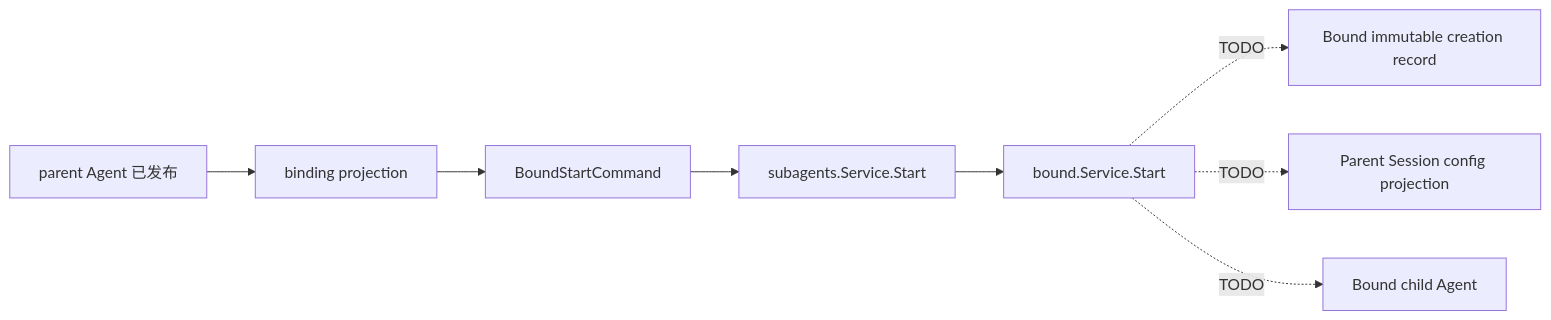
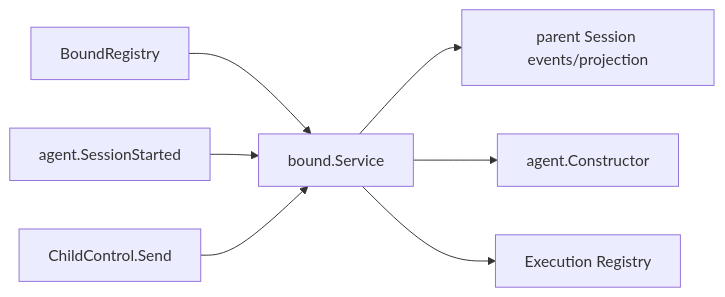
Before and after one commit to gorenx/goren: the diagram in subagent/internal/bound/README.zh-CN.md, drawn with Mermaid. The commit also changed other lines of this file and 13 other files, not shown here.

Commit message:
docs(subagent): align bound config design

````diff
--- a/subagent/internal/bound/README.zh-CN.md
+++ b/subagent/internal/bound/README.zh-CN.md
@@ -5,10 +5,9 @@
 ```mermaid
 flowchart LR
-    Parent[parent Agent 已发布] --> Binding[binding projection]
-    Binding --> Command[BoundStartCommand]
-    Command --> Facade[subagents.Service.Start]
-    Facade --> Bound[bound.Service.Start]
-    Bound -. TODO .-> Creation[Bound immutable creation record]
-    Bound -. TODO .-> Config[Parent Session config projection]
-    Bound -. TODO .-> Child[Bound child Agent]
+    Registry[BoundRegistry] --> Bound[bound.Service]
+    Started[agent.SessionStarted] --> Bound
+    Send[ChildControl.Send] --> Bound
+    Bound --> Parent[parent Session events/projection]
+    Bound --> Constructor[agent.Constructor]
+    Bound --> Execution[Execution Registry]
 ```
````
